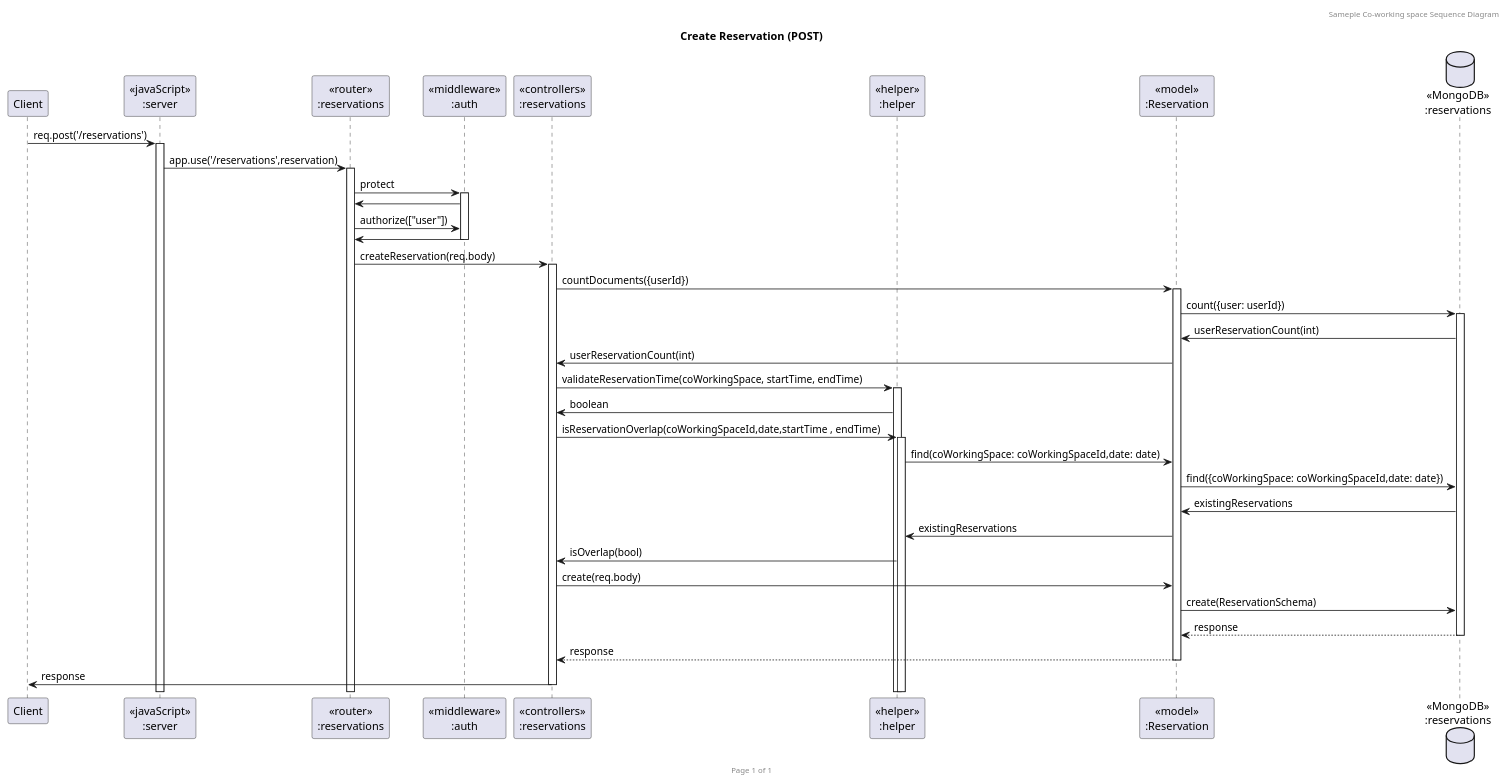
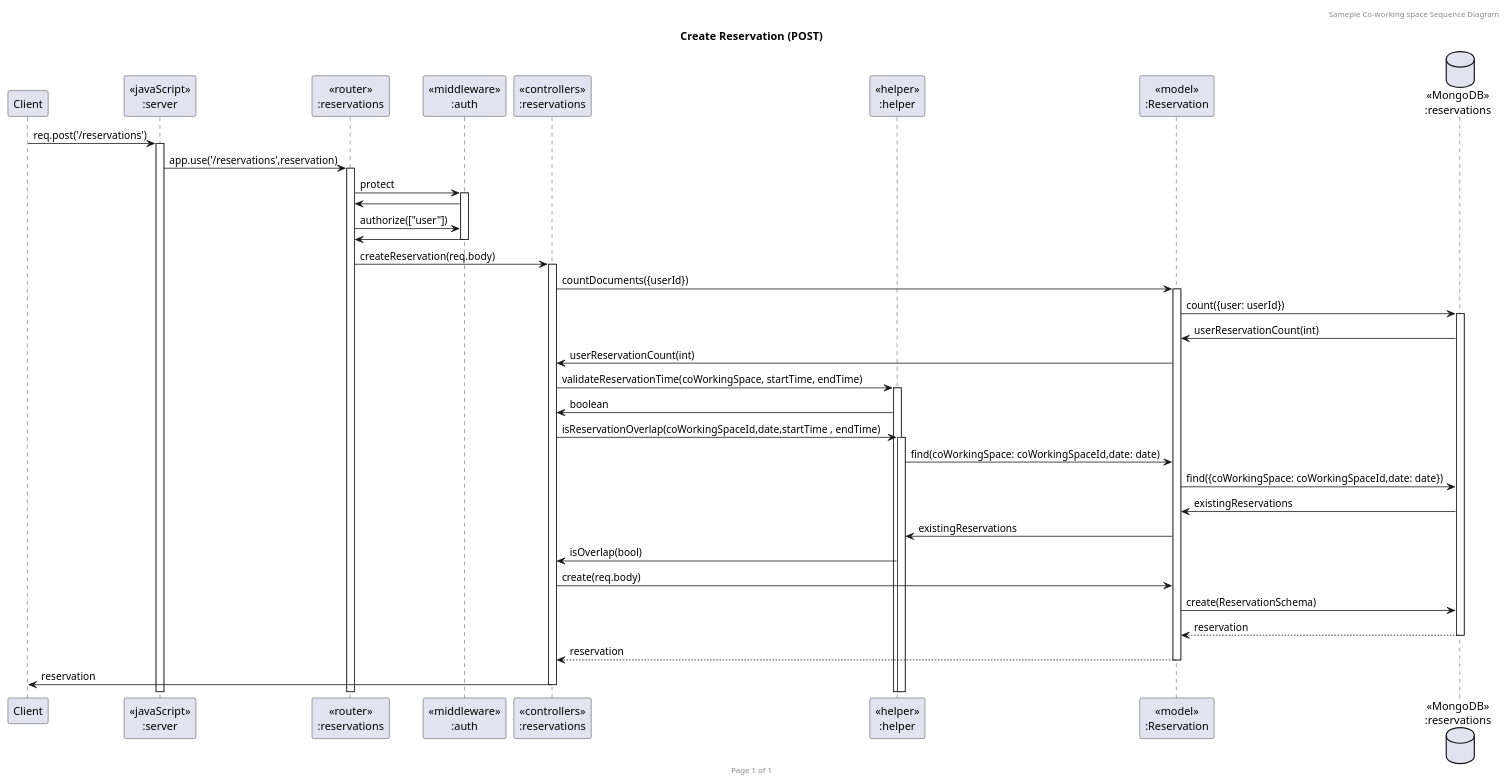
Before and after one commit to GavinITP/co-working-space-reservation: the diagram in uml/coWorking_reservation_post.puml, drawn with PlantUML.

Commit message:
fix sequence diagram (post)

```diff
--- a/uml/coWorking_reservation_post.puml
+++ b/uml/coWorking_reservation_post.puml
@@ -1,43 +1,43 @@
 @startuml Create Reservation (POST)
 
 header Sameple Co-working space Sequence Diagram
 footer Page %page% of %lastpage%
 title "Create Reservation (POST)"
 
 participant "Client" as client
 participant "<<javaScript>>\n:server" as server
 participant "<<router>>\n:reservations" as routerReservation
 participant "<<middleware>>\n:auth" as middleware
 participant "<<controllers>>\n:reservations" as controllersReservation
 participant "<<helper>>\n:helper" as helper
 participant "<<model>>\n:Reservation" as modelReservation
 database "<<MongoDB>>\n:reservations" as ReservationDatabase
 
 client->server ++:req.post('/reservations')
 server->routerReservation ++:app.use('/reservations',reservation)
 routerReservation -> middleware ++: protect
 middleware -> routerReservation : 
 routerReservation -> middleware : authorize(["user"])
 middleware -> routerReservation --: 
 routerReservation -> controllersReservation ++:createReservation(req.body)
 controllersReservation -> modelReservation ++: countDocuments({userId})
 modelReservation -> ReservationDatabase ++: count({user: userId})
 ReservationDatabase -> modelReservation : userReservationCount(int)
 modelReservation -> controllersReservation : userReservationCount(int)
 controllersReservation -> helper ++: validateReservationTime(coWorkingSpace, startTime, endTime)
 helper -> controllersReservation : boolean
 controllersReservation -> helper ++: isReservationOverlap(coWorkingSpaceId,date,startTime , endTime)
 helper -> modelReservation : find(coWorkingSpace: coWorkingSpaceId,date: date)
 modelReservation -> ReservationDatabase: find({coWorkingSpace: coWorkingSpaceId,date: date})
 ReservationDatabase -> modelReservation: existingReservations
 modelReservation -> helper : existingReservations
 helper -> controllersReservation : isOverlap(bool)
 
 ' modelReservation -> controllersReservation : response
 controllersReservation->modelReservation :create(req.body)
 modelReservation ->ReservationDatabase : create(ReservationSchema)
-ReservationDatabase --> modelReservation --: response
-controllersReservation <-- modelReservation --: response
-controllersReservation->client --:response
+ReservationDatabase --> modelReservation --: reservation 
+controllersReservation <-- modelReservation --: reservation 
+controllersReservation->client --:reservation 
 
 @enduml
```
